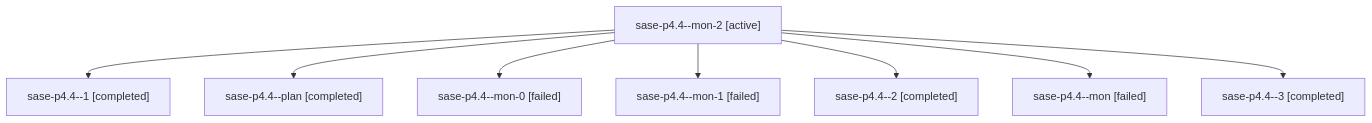
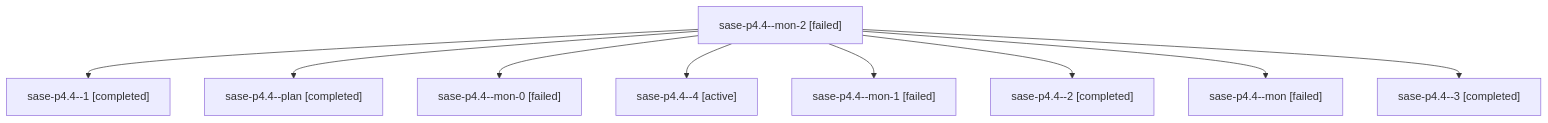
Before and after one commit to sase-org/sase--agents: the diagram in families/bbugyi200.athena.sase-p4.4.md, drawn with Mermaid. The commit also changed other lines of this file and 35 other files, not shown here.

````diff
--- a/families/bbugyi200.athena.sase-p4.4.md
+++ b/families/bbugyi200.athena.sase-p4.4.md
@@ -9,18 +9,20 @@
 ```mermaid
 flowchart TD
-  n0["sase-p4.4--mon-2 [active]"]
+  n0["sase-p4.4--mon-2 [failed]"]
   n1["sase-p4.4--1 [completed]"]
   n0 --> n1
   n2["sase-p4.4--plan [completed]"]
   n0 --> n2
   n3["sase-p4.4--mon-0 [failed]"]
   n0 --> n3
-  n4["sase-p4.4--mon-1 [failed]"]
+  n4["sase-p4.4--4 [active]"]
   n0 --> n4
-  n5["sase-p4.4--2 [completed]"]
+  n5["sase-p4.4--mon-1 [failed]"]
   n0 --> n5
-  n6["sase-p4.4--mon [failed]"]
+  n6["sase-p4.4--2 [completed]"]
   n0 --> n6
-  n7["sase-p4.4--3 [completed]"]
+  n7["sase-p4.4--mon [failed]"]
   n0 --> n7
+  n8["sase-p4.4--3 [completed]"]
+  n0 --> n8
 ```
````
